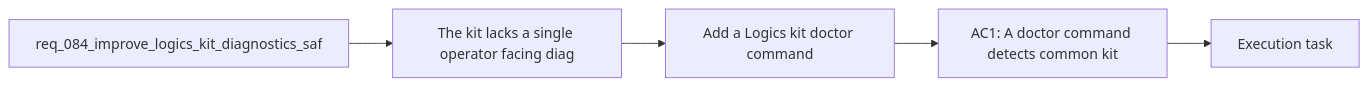
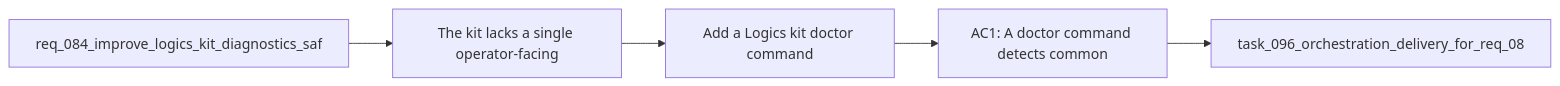
The diagram in logics/backlog/item_124_add_a_logics_kit_doctor_command_and_explainable_diagnostics.md (AlexAgo83/logics-manager), drawn with Mermaid before and after one commit. The commit also changed 481 other files, not shown here.

````diff
--- a/logics/backlog/item_124_add_a_logics_kit_doctor_command_and_explainable_diagnostics.md
+++ b/logics/backlog/item_124_add_a_logics_kit_doctor_command_and_explainable_diagnostics.md
@@ -27,9 +27,9 @@
 ```mermaid
 %% logics-kind: backlog
 %% logics-signature: backlog|add-a-logics-kit-doctor-command-and-expl|req-084-improve-logics-kit-diagnostics-s|the-kit-lacks-a-single-operator-facing|ac1-a-doctor-command-detects-common
 flowchart LR
-    Request[req_084_improve_logics_kit_diagnostics_saf] --> Problem[The kit lacks a single operator facing diag]
+    Request[req_084_improve_logics_kit_diagnostics_saf] --> Problem[The kit lacks a single operator-facing]
     Problem --> Scope[Add a Logics kit doctor command]
-    Scope --> Acceptance[AC1: A doctor command detects common kit]
-    Acceptance --> Tasks[Execution task]
+    Scope --> Acceptance[AC1: A doctor command detects common]
+    Acceptance --> Tasks[task_096_orchestration_delivery_for_req_08]
 ```
````
